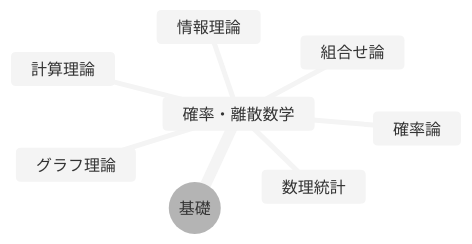
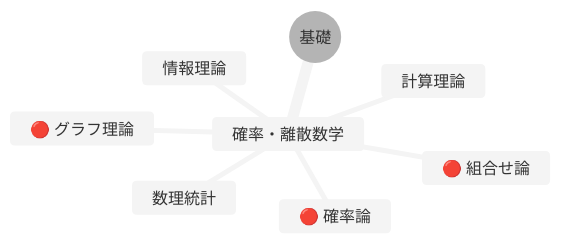
The fifth of 5 diagrams in src/content/docs/math/structures/0013_mathematics_overview.mdx (tomohikoseven/math_doc), drawn with Mermaid (neutral theme) before and after one commit. The commit also changed other lines of this file and 1 other file, not shown here.

````diff
--- a/src/content/docs/math/structures/0013_mathematics_overview.mdx
+++ b/src/content/docs/math/structures/0013_mathematics_overview.mdx
@@ -70,11 +74,11 @@
 ```mermaid
 mindmap
   root((基礎))
     確率・離散数学
-      確率論
+      🔴 確率論
       数理統計
-      組合せ論
-      グラフ理論
+      🔴 組合せ論
+      🔴 グラフ理論
       情報理論
       計算理論
 ```
````
